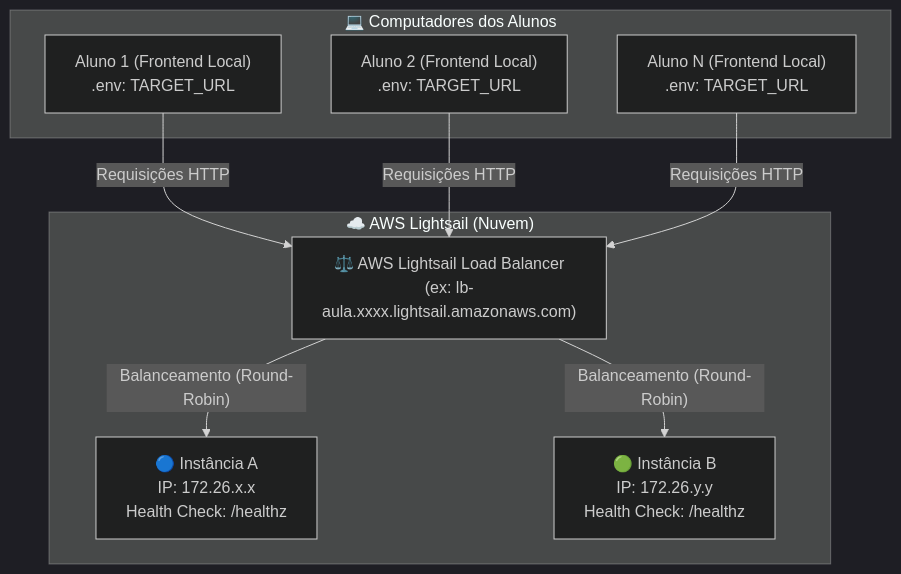
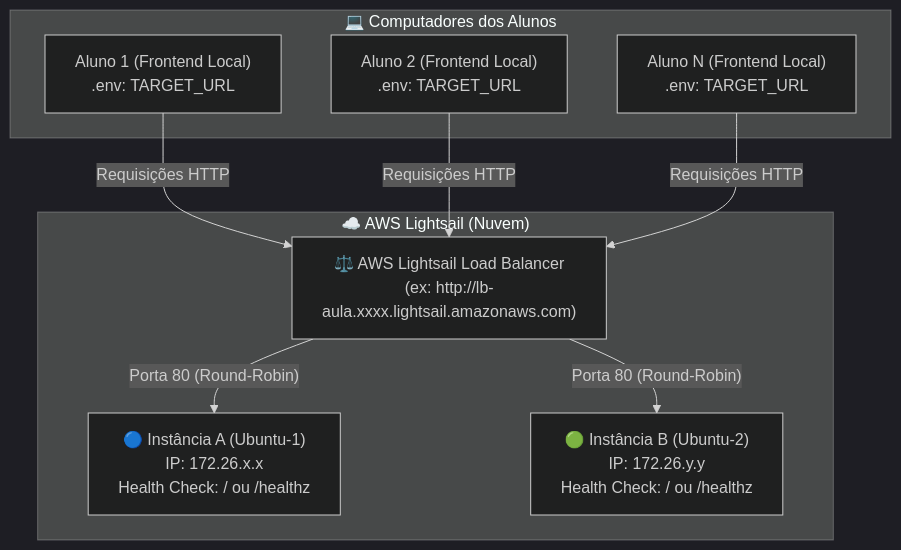
One commit to jonathantecsantos/demostracao-loadbalancer-aws changed the diagram in README.md. Above: the diagram before and after it, drawn with Mermaid (dark theme). The commit also changed other lines of this file and 1 other file, not shown here.

Commit message:
fix: normalizacao da URL do load balancer, suporte a porta 80 e atualizacao do README

````diff
--- a/README.md
+++ b/README.md
@@ -9,15 +9,15 @@
 ```mermaid
 graph TD
     subgraph "💻 Computadores dos Alunos"
         Aluno1["Aluno 1 (Frontend Local)<br/>.env: TARGET_URL"]
         Aluno2["Aluno 2 (Frontend Local)<br/>.env: TARGET_URL"]
         AlunoN["Aluno N (Frontend Local)<br/>.env: TARGET_URL"]
     end
 
-    Aluno1 & Aluno2 & AlunoN -->|"Requisições HTTP"| LB["⚖️ AWS Lightsail Load Balancer<br/>(ex: lb-aula.xxxx.lightsail.amazonaws.com)"]
+    Aluno1 & Aluno2 & AlunoN -->|"Requisições HTTP"| LB["⚖️ AWS Lightsail Load Balancer<br/>(ex: http://lb-aula.xxxx.lightsail.amazonaws.com)"]
 
     subgraph "☁️ AWS Lightsail (Nuvem)"
-        LB -->|"Balanceamento (Round-Robin)"| NodeA["🔵 Instância A<br/>IP: 172.26.x.x<br/>Health Check: /healthz"]
-        LB -->|"Balanceamento (Round-Robin)"| NodeB["🟢 Instância B<br/>IP: 172.26.y.y<br/>Health Check: /healthz"]
+        LB -->|"Porta 80 (Round-Robin)"| NodeA["🔵 Instância A (Ubuntu-1)<br/>IP: 172.26.x.x<br/>Health Check: / ou /healthz"]
+        LB -->|"Porta 80 (Round-Robin)"| NodeB["🟢 Instância B (Ubuntu-2)<br/>IP: 172.26.y.y<br/>Health Check: / ou /healthz"]
     end
 ```
````
